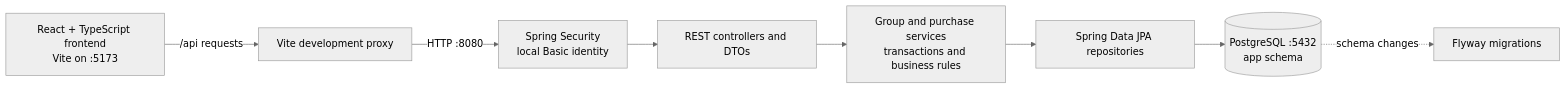
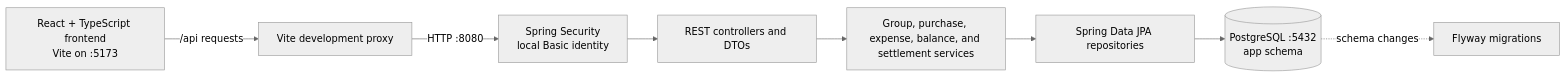
Before and after one commit to disnithaa/Paisa-Vasool: the first of 3 diagrams in docs/architecture.md, drawn with Mermaid (neutral theme). The commit also changed other lines of this file and 33 other files, not shown here.

````diff
--- a/docs/architecture.md
+++ b/docs/architecture.md
@@ -3,10 +3,10 @@
 ```mermaid
 flowchart LR
     Browser[React + TypeScript frontend\nVite on :5173] -->|/api requests| Proxy[Vite development proxy]
     Proxy -->|HTTP :8080| Security[Spring Security\nlocal Basic identity]
     Security --> API[REST controllers and DTOs]
     API --> Services[Group and purchase services\ntransactions and business rules]
-    Services --> Repositories[Spring Data JPA repositories]
+    Services[Group, purchase, expense, balance, and settlement services] --> Repositories[Spring Data JPA repositories]
     Repositories --> DB[(PostgreSQL :5432\napp schema)]
     DB -. schema changes .-> Flyway[Flyway migrations]
 ```
````
